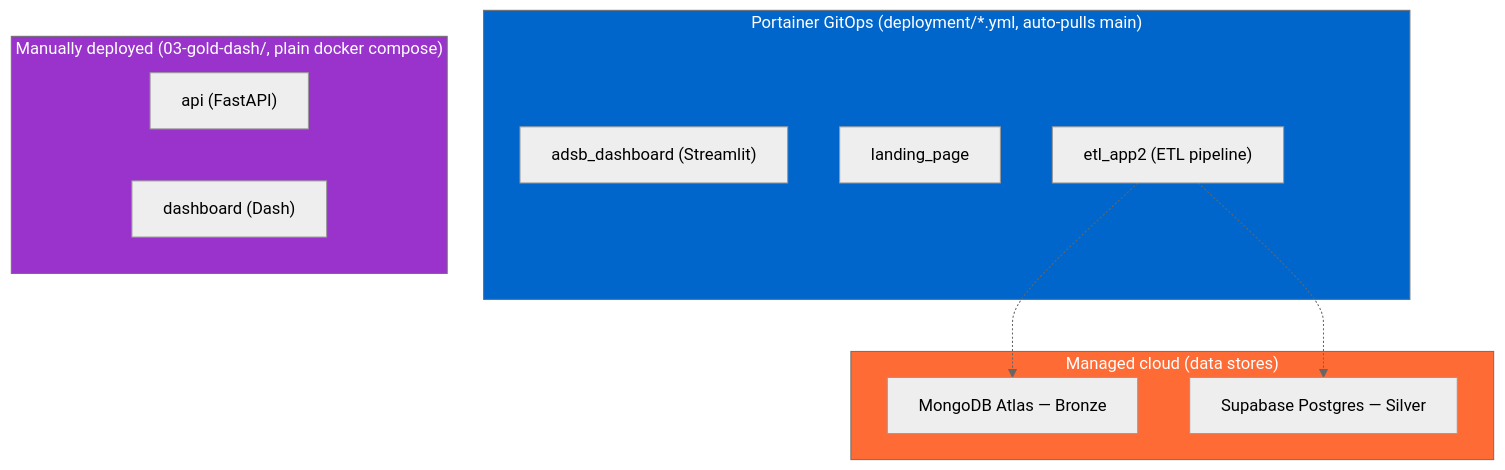
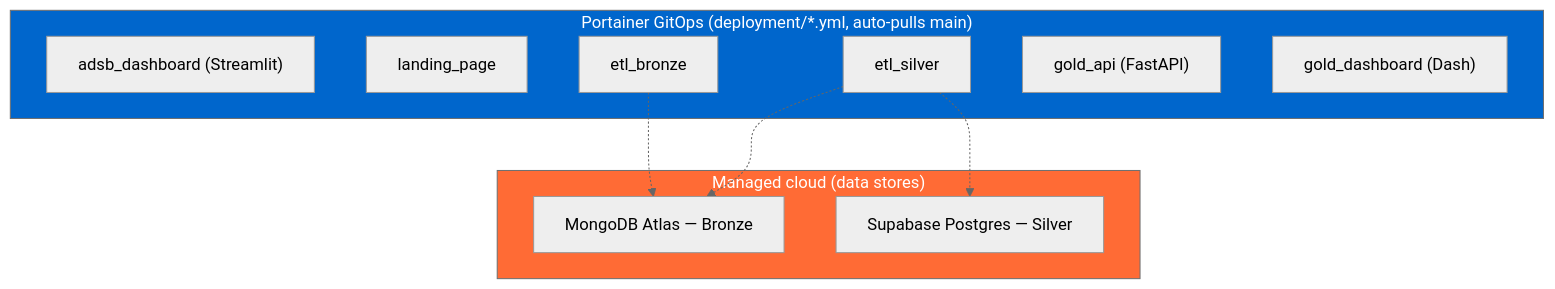
Before and after one commit to MatthiasSails/airline-data-platform: the fourth of 6 diagrams in docs/architecture/README.md, drawn with Mermaid (neutral theme). The commit also changed other lines of this file and 24 other files, not shown here.

First line of the commit message:
CD foundation: retire Nginx + split ETL into bronze/silver containers (#26)

````diff
--- a/docs/architecture/README.md
+++ b/docs/architecture/README.md
@@ -112,23 +113,22 @@
 ```mermaid
 graph TB
     subgraph MANAGED["Managed cloud (data stores)"]
         M1["MongoDB Atlas — Bronze"]
         M2["Supabase Postgres — Silver"]
     end
     subgraph GITOPS["Portainer GitOps (deployment/*.yml, auto-pulls main)"]
         D1["adsb_dashboard (Streamlit)"]
         D2["landing_page"]
-        D3["etl_app2 (ETL pipeline)"]
-    end
-    subgraph MANUAL["Manually deployed (03-gold-dash/, plain docker compose)"]
-        D4["api (FastAPI)"]
-        D5["dashboard (Dash)"]
+        D3["etl_bronze"]
+        D6["etl_silver"]
+        D4["gold_api (FastAPI)"]
+        D5["gold_dashboard (Dash)"]
     end
 
     D3 -.-> M1
-    D3 -.-> M2
+    D6 -.-> M1
+    D6 -.-> M2
 
     style MANAGED fill:#FF6B35,color:#fff
     style GITOPS fill:#0066CC,color:#fff
-    style MANUAL fill:#9933CC,color:#fff
 ```
````
